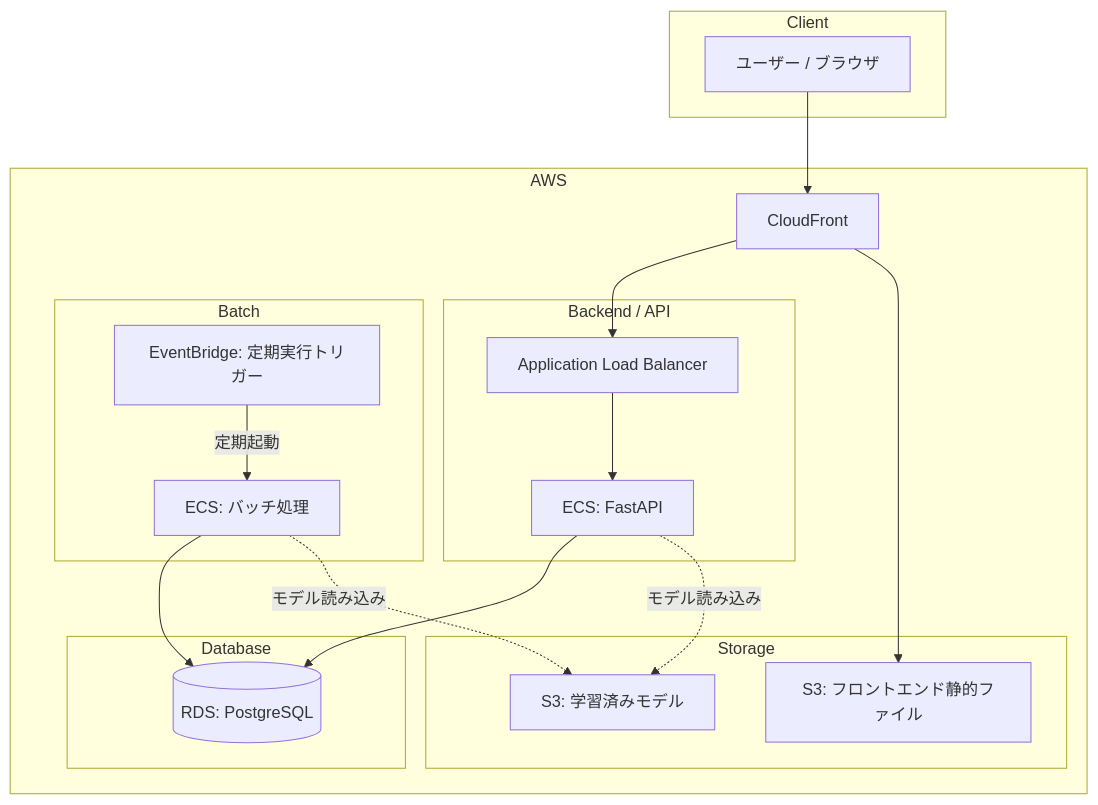
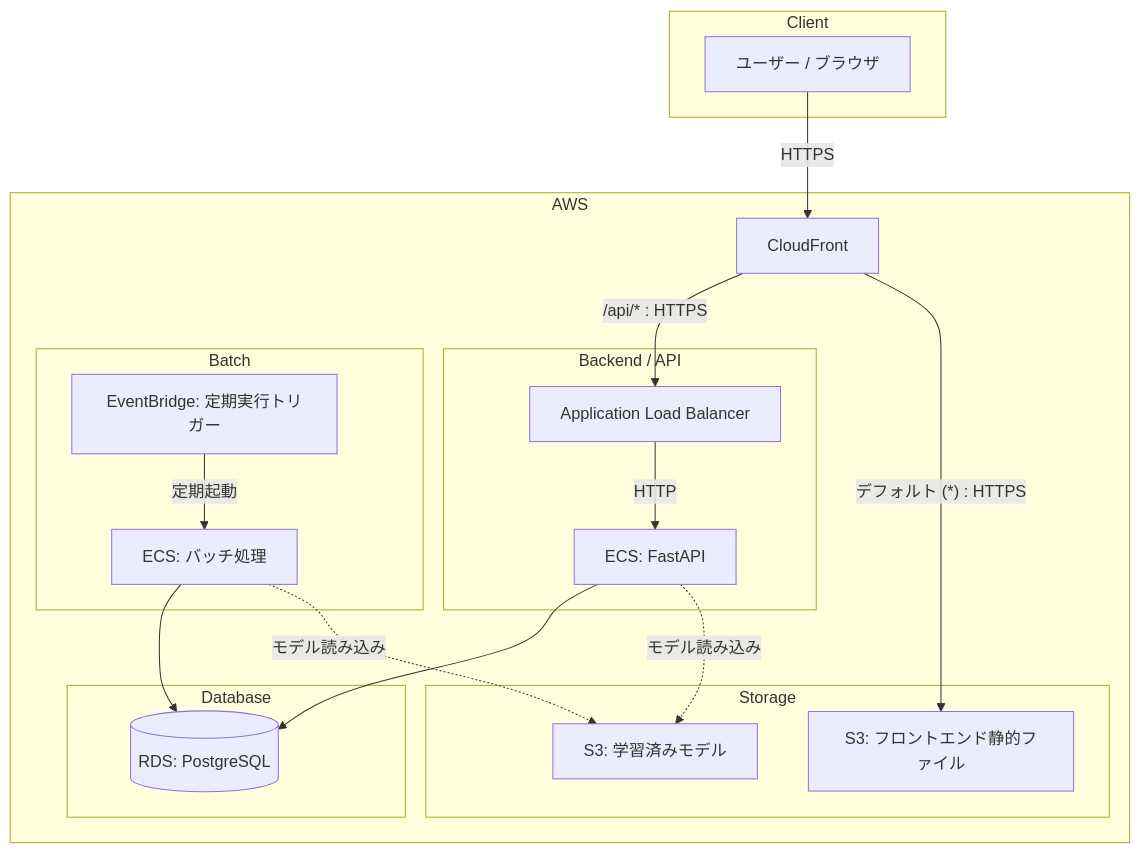
One commit to ito-biz-work/churn-prediction-app changed the diagram in README.md. Above: the diagram before and after it, drawn with Mermaid. The commit also changed other lines of this file, not shown here.

Commit message:
docs: Mermeid図の更新、ローカルURLを追記 #116

````diff
--- a/README.md
+++ b/README.md
@@ -85,46 +88,46 @@
 ```mermaid
 flowchart TD
     subgraph Client
         User[ユーザー / ブラウザ]
     end
 
     subgraph AWS
         CF[CloudFront]
 
         subgraph Storage
             S3_Web[S3: フロントエンド静的ファイル]
             S3_Model[S3: 学習済みモデル]
         end
 
         subgraph Backend / API
             ALB[Application Load Balancer]
             ECS_API[ECS: FastAPI]
         end
 
         subgraph Batch
             EB[EventBridge: 定期実行トリガー]
             ECS_Batch[ECS: バッチ処理]
         end
 
         subgraph Database
             RDS[(RDS: PostgreSQL)]
         end
     end
 
-    %% Client Access
-    User --> CF
-    CF --> S3_Web
-    CF --> ALB
-    ALB --> ECS_API
+    %% Client Access & Routing
+    User -->|HTTPS| CF
+    CF -->|"デフォルト (*) : HTTPS"| S3_Web
+    CF -->|"/api/* : HTTPS"| ALB
+    ALB -->|HTTP| ECS_API
 
     %% Batch Trigger
     EB -->|定期起動| ECS_Batch
 
-    %% Model Load (S3_Model -> ECS)
+    %% Model Load
     ECS_API -.->|モデル読み込み| S3_Model
     ECS_Batch -.->|モデル読み込み| S3_Model
 
     %% DB Access
     ECS_API --> RDS
     ECS_Batch --> RDS
 ```
````
